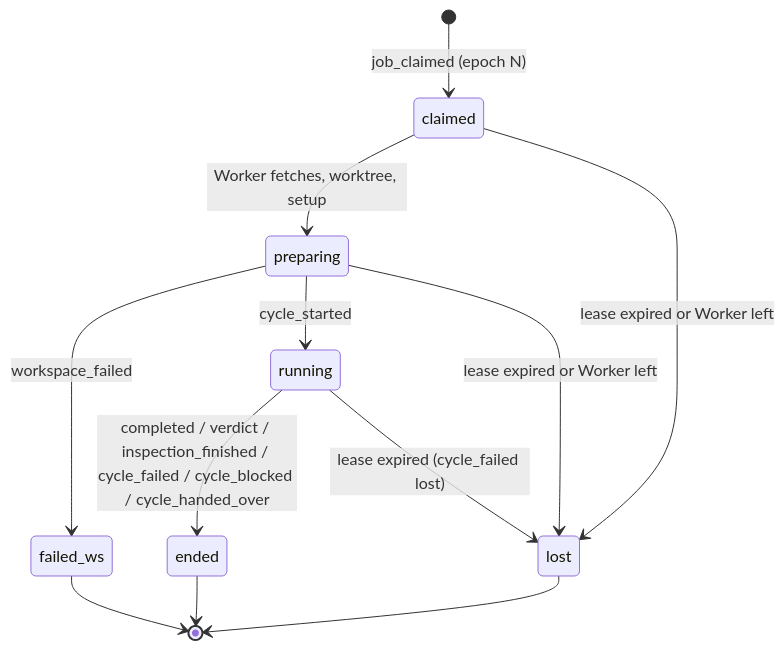
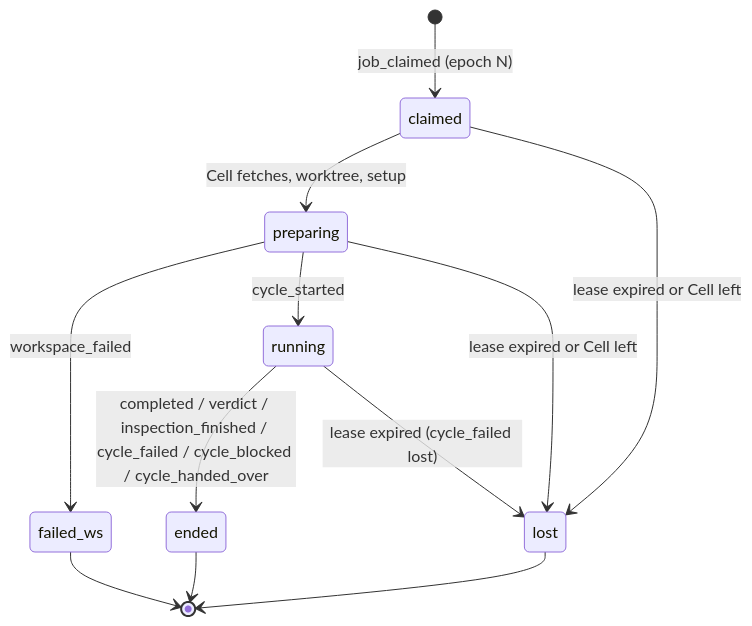
One commit to xyashino/software-factory changed the diagram in docs/PROTOCOL.md. Above: the diagram before and after it, drawn with Mermaid. The commit also changed other lines of this file and 10 other files, not shown here.

````diff
--- a/docs/PROTOCOL.md
+++ b/docs/PROTOCOL.md
@@ -204,14 +204,14 @@
 ```mermaid
 stateDiagram-v2
   [*] --> claimed : job_claimed (epoch N)
-  claimed --> preparing : Worker fetches, worktree, setup
+  claimed --> preparing : Cell fetches, worktree, setup
   preparing --> failed_ws : workspace_failed
   preparing --> running : cycle_started
   running --> ended : completed / verdict / inspection_finished / cycle_failed / cycle_blocked / cycle_handed_over
-  claimed --> lost : lease expired or Worker left
-  preparing --> lost : lease expired or Worker left
+  claimed --> lost : lease expired or Cell left
+  preparing --> lost : lease expired or Cell left
   running --> lost : lease expired (cycle_failed lost)
   failed_ws --> [*]
   ended --> [*]
   lost --> [*]
 ```
````
